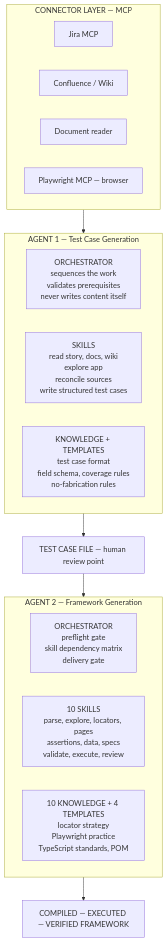
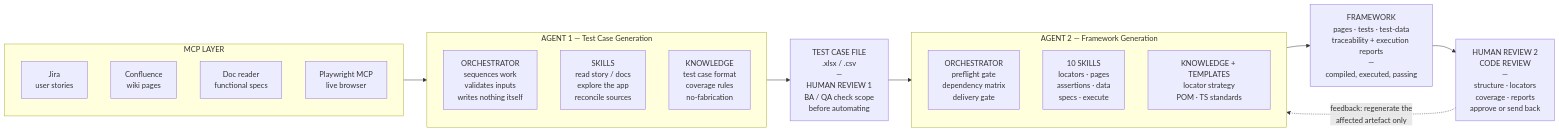
One commit to siddheshwarDevkate/AI-Automation_AgentSkill changed the second of 2 diagrams in docs/presentation-ai-test-automation.md. Above: the diagram before and after it, drawn with Mermaid. The commit also changed other lines of this file, not shown here.

First line of the commit message:
Make architecture diagram horizontal, add code review checkpoint

````diff
--- a/docs/presentation-ai-test-automation.md
+++ b/docs/presentation-ai-test-automation.md
@@ -86,33 +99,37 @@
 ```mermaid
-flowchart TB
-    subgraph CONN["CONNECTOR LAYER — MCP"]
-        direction LR
-        M1["Jira MCP"]
-        M2["Confluence / Wiki"]
-        M3["Document reader"]
-        M4["Playwright MCP — browser"]
+flowchart LR
+    subgraph CONN["MCP LAYER"]
+        direction TB
+        M1["Jira<br/>user stories"]
+        M2["Confluence<br/>wiki pages"]
+        M3["Doc reader<br/>functional specs"]
+        M4["Playwright MCP<br/>live browser"]
     end
 
     subgraph AG1["AGENT 1 — Test Case Generation"]
-        direction LR
-        O1["ORCHESTRATOR<br/>sequences the work<br/>validates prerequisites<br/>never writes content itself"]
-        S1["SKILLS<br/>read story, docs, wiki<br/>explore app<br/>reconcile sources<br/>write structured test cases"]
-        K1["KNOWLEDGE + TEMPLATES<br/>test case format<br/>field schema, coverage rules<br/>no-fabrication rules"]
+        direction TB
+        O1["ORCHESTRATOR<br/>sequences work<br/>validates inputs<br/>writes nothing itself"]
+        S1["SKILLS<br/>read story / docs<br/>explore the app<br/>reconcile sources"]
+        K1["KNOWLEDGE<br/>test case format<br/>coverage rules<br/>no-fabrication"]
     end
 
-    TCF["TEST CASE FILE — human review point"]
+    TCF["TEST CASE FILE<br/>.xlsx / .csv<br/>—<br/>HUMAN REVIEW 1<br/>BA / QA check scope<br/>before automating"]
 
     subgraph AG2["AGENT 2 — Framework Generation"]
-        direction LR
-        O2["ORCHESTRATOR<br/>preflight gate<br/>skill dependency matrix<br/>delivery gate"]
-        S2["10 SKILLS<br/>parse, explore, locators, pages<br/>assertions, data, specs<br/>validate, execute, review"]
-        K2["10 KNOWLEDGE + 4 TEMPLATES<br/>locator strategy<br/>Playwright practice<br/>TypeScript standards, POM"]
+        direction TB
+        O2["ORCHESTRATOR<br/>preflight gate<br/>dependency matrix<br/>delivery gate"]
+        S2["10 SKILLS<br/>locators · pages<br/>assertions · data<br/>specs · execute"]
+        K2["KNOWLEDGE + TEMPLATES<br/>locator strategy<br/>POM · TS standards"]
     end
 
-    OUT2["COMPILED — EXECUTED — VERIFIED FRAMEWORK"]
+    FW["FRAMEWORK<br/>pages · tests · test-data<br/>traceability + execution reports<br/>—<br/>compiled, executed, passing"]
+
+    RV2["HUMAN REVIEW 2<br/>CODE REVIEW<br/>—<br/>structure · locators<br/>coverage · reports<br/>approve or send back"]
 
     CONN --> AG1
     AG1 --> TCF
     TCF --> AG2
-    AG2 --> OUT2
+    AG2 --> FW
+    FW --> RV2
+    RV2 -. "feedback: regenerate the<br/>affected artefact only" .-> AG2
 ```
````
